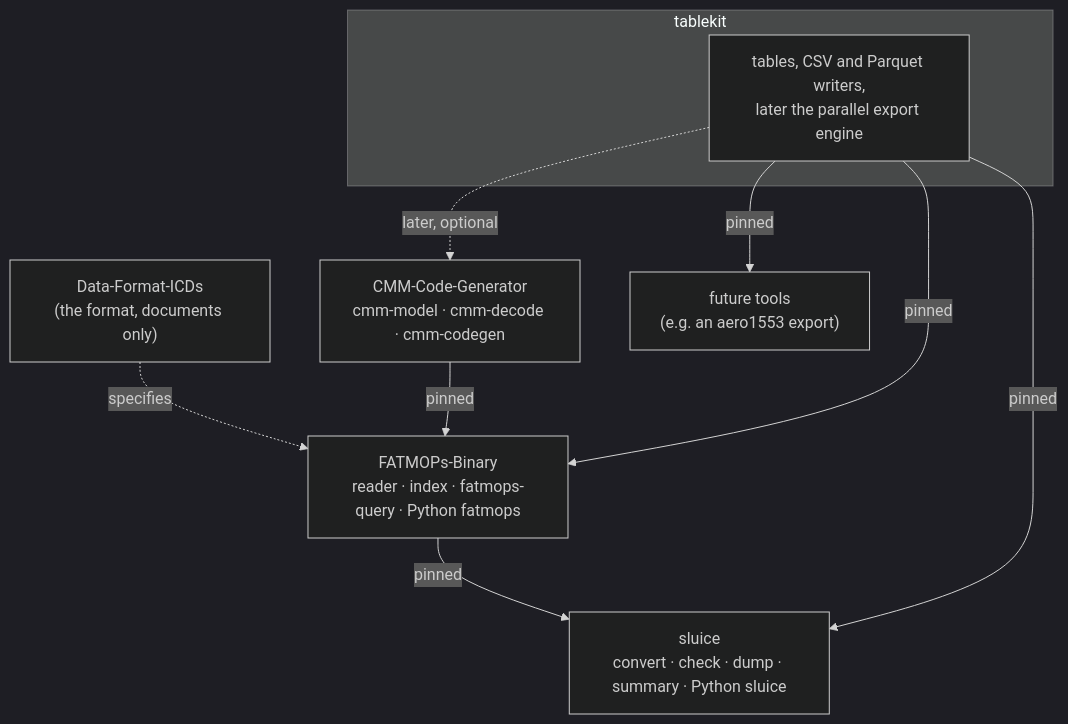
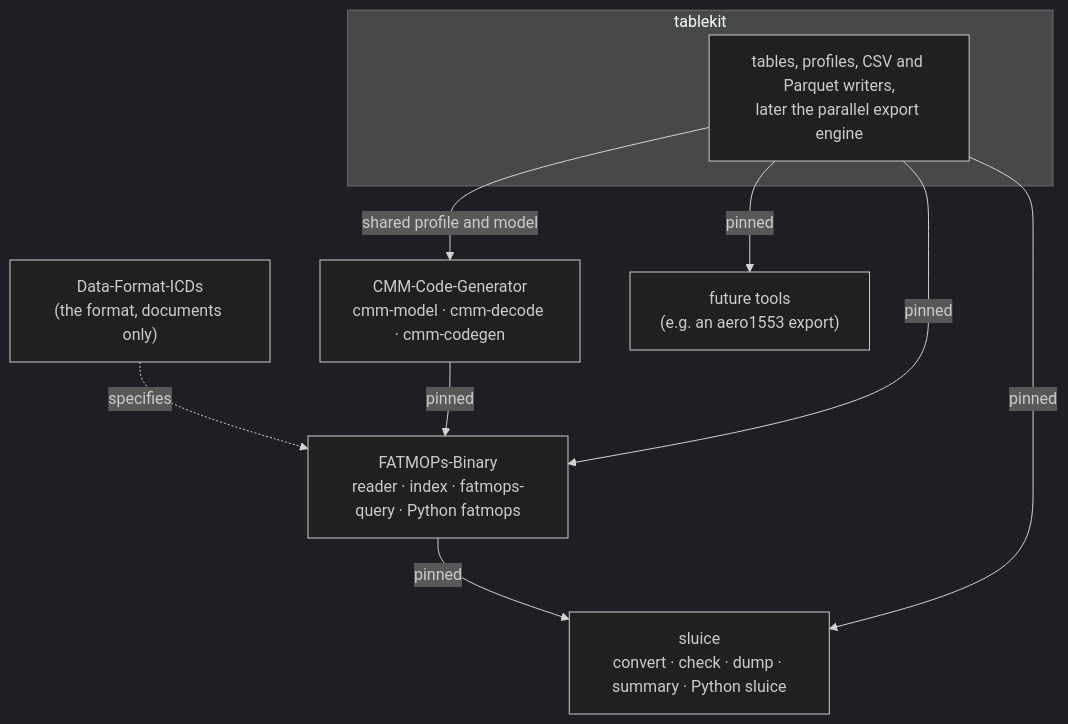
One commit to joey-huckabee/tablekit changed the first of 5 diagrams in docs/ARCHITECTURE.md. Above: the diagram before and after it, drawn with Mermaid (dark theme). The commit also changed other lines of this file and 3 other files, not shown here.

````diff
--- a/docs/ARCHITECTURE.md
+++ b/docs/ARCHITECTURE.md
@@ -39,18 +44,18 @@
 ```mermaid
 flowchart TB
   subgraph NEW["tablekit"]
-    TK["tables, CSV and Parquet writers,<br/>later the parallel export engine"]
+    TK["tables, profiles, CSV and Parquet writers,<br/>later the parallel export engine"]
   end
   ICD["Data-Format-ICDs<br/>(the format, documents only)"]
   CMM["CMM-Code-Generator<br/>cmm-model · cmm-decode · cmm-codegen"]
   FB["FATMOPs-Binary<br/>reader · index · fatmops-query · Python fatmops"]
   SL["sluice<br/>convert · check · dump · summary · Python sluice"]
   FUT["future tools<br/>(e.g. an aero1553 export)"]
   ICD -. specifies .-> FB
   CMM -->|pinned| FB
   FB -->|pinned| SL
   TK -->|pinned| FB
   TK -->|pinned| SL
   TK -->|pinned| FUT
-  TK -.->|later, optional| CMM
+  TK -->|shared profile and model| CMM
 ```
````
